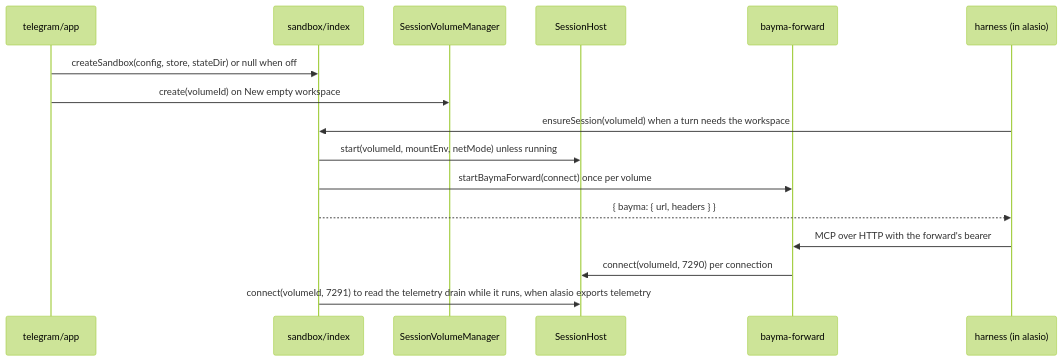
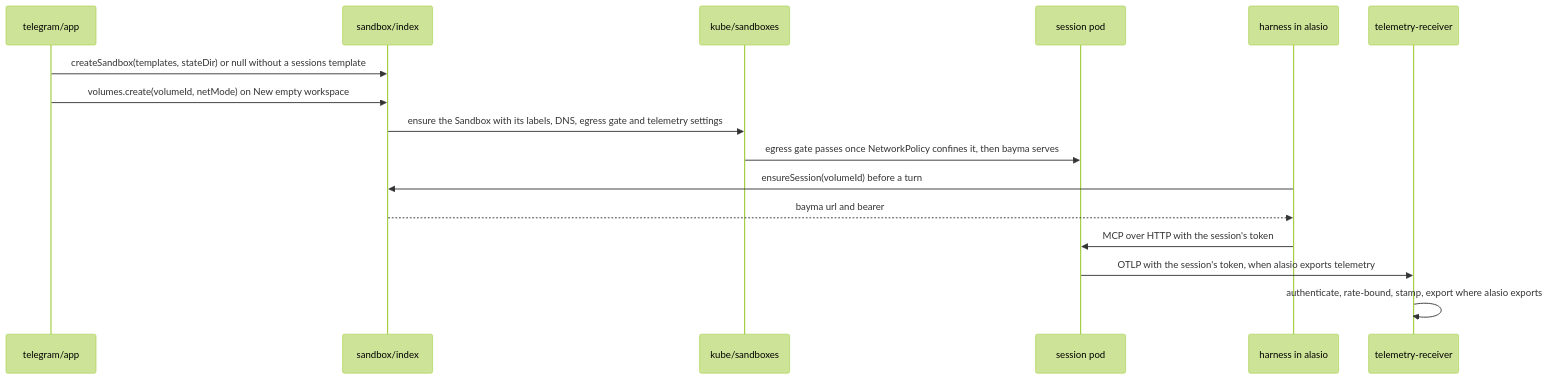
Before and after one commit to eaucoin/alasio: the second of 3 diagrams in src/sandbox/README.md, drawn with Mermaid (forest theme). The commit also changed other lines of this file and 37 other files, not shown here.

First line of the commit message:
Document alasio on Kubernetes, and fit its end-to-end run on CI's runners

````diff
--- a/src/sandbox/README.md
+++ b/src/sandbox/README.md
@@ -40,18 +35,18 @@
 ```mermaid
 sequenceDiagram
   participant App as telegram/app
   participant Sb as sandbox/index
-  participant Vol as SessionVolumeManager
-  participant Host as SessionHost
-  participant Fwd as bayma-forward
-  participant H as harness (in alasio)
-  App->>Sb: createSandbox(config, store, stateDir) or null when off
-  App->>Vol: create(volumeId) on New empty workspace
-  H->>Sb: ensureSession(volumeId) when a turn needs the workspace
-  Sb->>Host: start(volumeId, mountEnv, netMode) unless running
-  Sb->>Fwd: startBaymaForward(connect) once per volume
-  Sb-->>H: { bayma: { url, headers } }
-  H->>Fwd: MCP over HTTP with the forward's bearer
-  Fwd->>Host: connect(volumeId, 7290) per connection
-  Sb->>Host: connect(volumeId, 7291) to read the telemetry drain while it runs, when alasio exports telemetry
+  participant Kube as kube/sandboxes
+  participant Pod as session pod
+  participant H as harness in alasio
+  participant Rx as telemetry-receiver
+  App->>Sb: createSandbox(templates, stateDir) or null without a sessions template
+  App->>Sb: volumes.create(volumeId, netMode) on New empty workspace
+  Sb->>Kube: ensure the Sandbox with its labels, DNS, egress gate and telemetry settings
+  Kube->>Pod: egress gate passes once NetworkPolicy confines it, then bayma serves
+  H->>Sb: ensureSession(volumeId) before a turn
+  Sb-->>H: bayma url and bearer
+  H->>Pod: MCP over HTTP with the session's token
+  Pod->>Rx: OTLP with the session's token, when alasio exports telemetry
+  Rx->>Rx: authenticate, rate-bound, stamp, export where alasio exports
 ```
````
